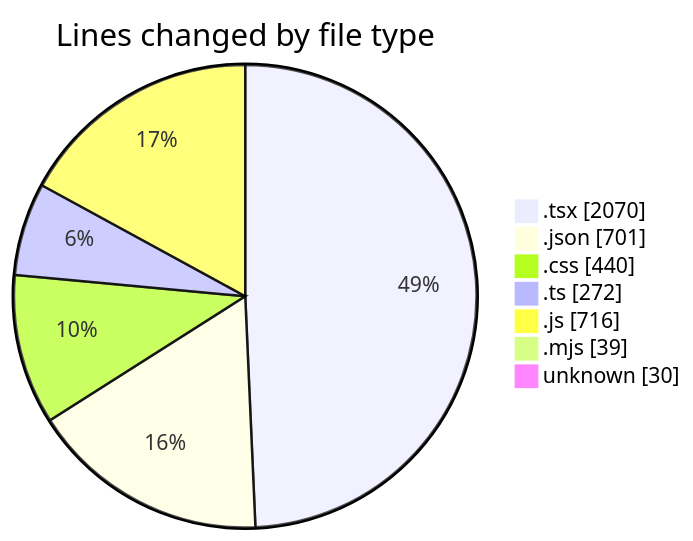
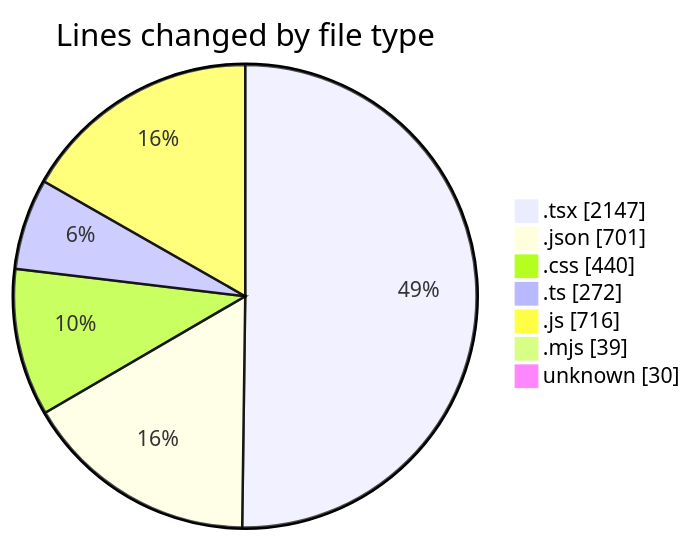
One commit to Elitesun/code-tracking changed the first of 2 diagrams in 2025-05-04/niten/README.md. Above: the diagram before and after it, drawn with Mermaid. The commit also changed other lines of this file and 1 other file, not shown here.

````diff
--- a/2025-05-04/niten/README.md
+++ b/2025-05-04/niten/README.md
@@ -62,11 +63,11 @@
 ```mermaid
 pie showData
 title Lines changed by file type
-".tsx" : 2070
+".tsx" : 2147
 ".json" : 701
 ".css" : 440
 ".ts" : 272
 ".js" : 716
 ".mjs" : 39
 "unknown" : 30
 ```
````
